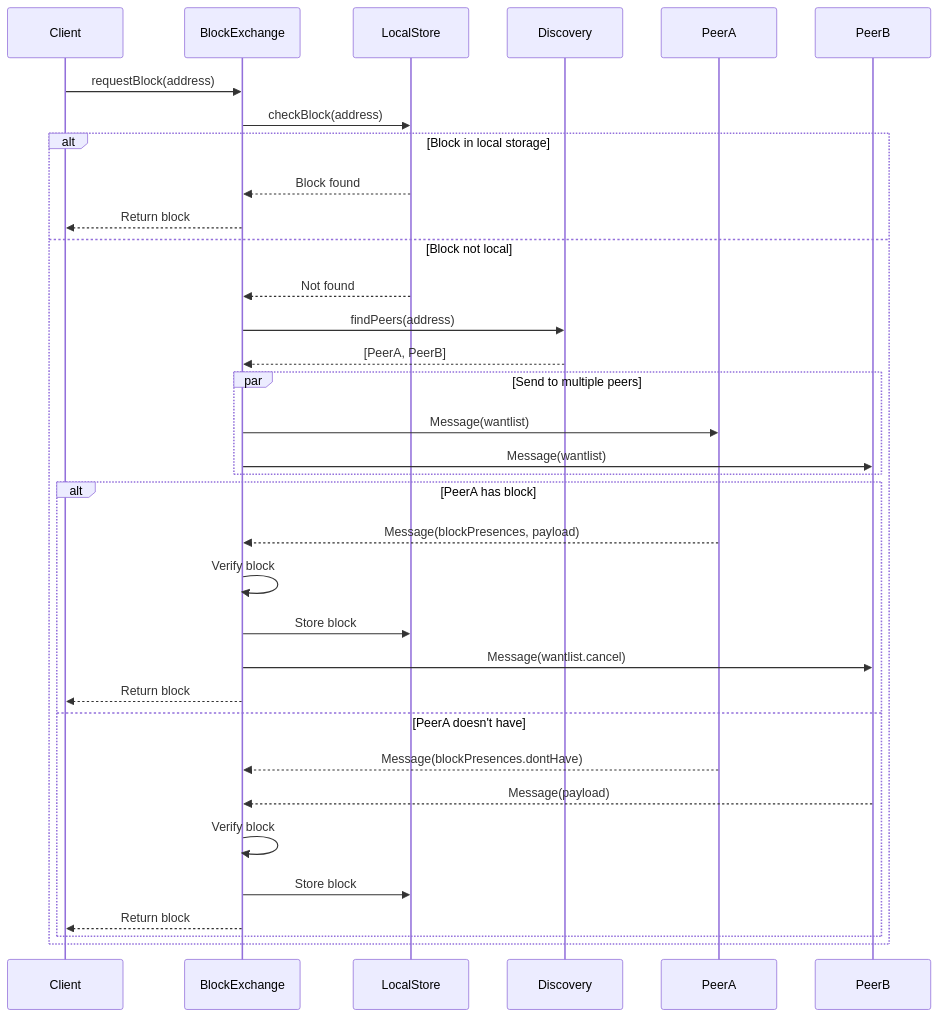
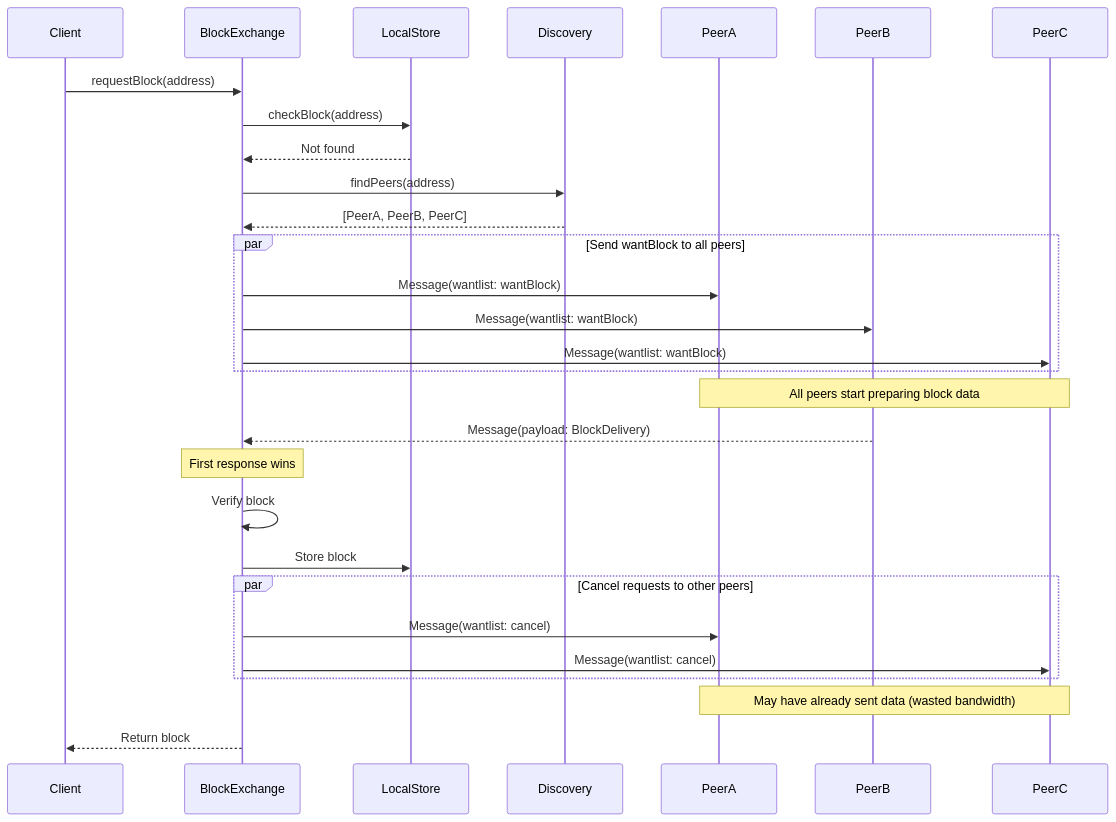
One commit to vacp2p/rfc-index changed the first of 6 diagrams in codex/raw/codex-block-exchange.md. Above: the diagram before and after it, drawn with Mermaid. The commit also changed other lines of this file, not shown here.

First line of the commit message:
Add WantBlock request strategy diagrams

````diff
--- a/codex/raw/codex-block-exchange.md
+++ b/codex/raw/codex-block-exchange.md
@@ -532,40 +553,40 @@
 ```mermaid
 sequenceDiagram
     participant Client
     participant BlockExchange
     participant LocalStore
     participant Discovery
     participant PeerA
     participant PeerB
+    participant PeerC
 
     Client->>BlockExchange: requestBlock(address)
     BlockExchange->>LocalStore: checkBlock(address)
+    LocalStore-->>BlockExchange: Not found
 
-    alt Block in local storage
-        LocalStore-->>BlockExchange: Block found
-        BlockExchange-->>Client: Return block
-    else Block not local
-        LocalStore-->>BlockExchange: Not found
-        BlockExchange->>Discovery: findPeers(address)
-        Discovery-->>BlockExchange: [PeerA, PeerB]
+    BlockExchange->>Discovery: findPeers(address)
+    Discovery-->>BlockExchange: [PeerA, PeerB, PeerC]
 
-        par Send to multiple peers
-            BlockExchange->>PeerA: Message(wantlist)
-            BlockExchange->>PeerB: Message(wantlist)
-        end
+    par Send wantBlock to all peers
+        BlockExchange->>PeerA: Message(wantlist: wantBlock)
+        BlockExchange->>PeerB: Message(wantlist: wantBlock)
+        BlockExchange->>PeerC: Message(wantlist: wantBlock)
+    end
 
-        alt PeerA has block
-            PeerA-->>BlockExchange: Message(blockPresences, payload)
-            BlockExchange->>BlockExchange: Verify block
-            BlockExchange->>LocalStore: Store block
-            BlockExchange->>PeerB: Message(wantlist.cancel)
-            BlockExchange-->>Client: Return block
-        else PeerA doesn't have
-            PeerA-->>BlockExchange: Message(blockPresences.dontHave)
-            PeerB-->>BlockExchange: Message(payload)
-            BlockExchange->>BlockExchange: Verify block
-            BlockExchange->>LocalStore: Store block
-            BlockExchange-->>Client: Return block
-        end
+    Note over PeerA,PeerC: All peers start preparing block data
+
+    PeerB-->>BlockExchange: Message(payload: BlockDelivery)
+    Note over BlockExchange: First response wins
+
+    BlockExchange->>BlockExchange: Verify block
+    BlockExchange->>LocalStore: Store block
+
+    par Cancel requests to other peers
+        BlockExchange->>PeerA: Message(wantlist: cancel)
+        BlockExchange->>PeerC: Message(wantlist: cancel)
     end
+
+    Note over PeerA,PeerC: May have already sent data (wasted bandwidth)
+
+    BlockExchange-->>Client: Return block
 ```
````
